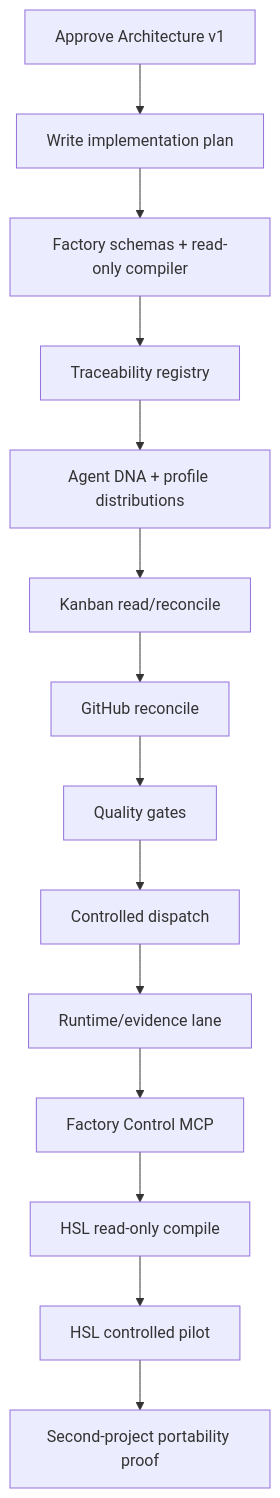
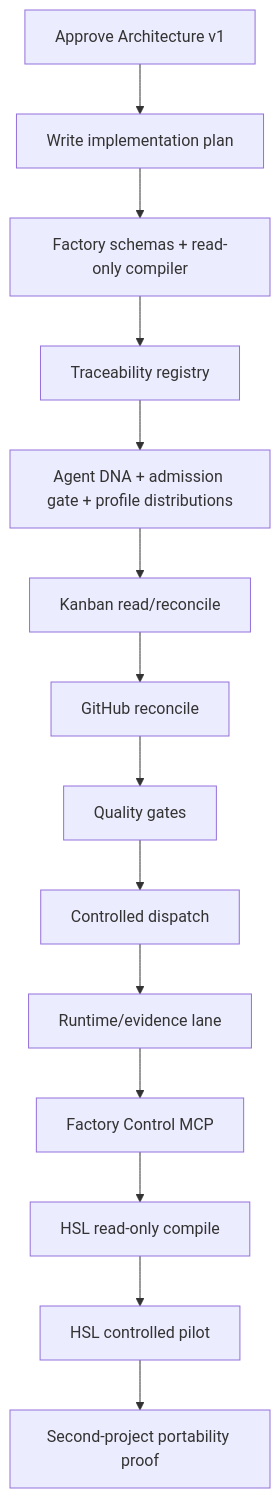
The second of 2 diagrams in docs/06-pilot-and-roadmap.md (pestoura/hermes-factory), drawn with Mermaid before and after one commit. The commit also changed other lines of this file, not shown here.

Commit message:
docs(factory): add workforce governance roles to bootstrap roadmap

````diff
--- a/docs/06-pilot-and-roadmap.md
+++ b/docs/06-pilot-and-roadmap.md
@@ -246,16 +258,16 @@
 ```mermaid
 flowchart TD
     A[Approve Architecture v1] --> B[Write implementation plan]
     B --> C[Factory schemas + read-only compiler]
     C --> D[Traceability registry]
-    D --> E[Agent DNA + profile distributions]
+    D --> E[Agent DNA + admission gate + profile distributions]
     E --> F[Kanban read/reconcile]
     F --> G[GitHub reconcile]
     G --> H[Quality gates]
     H --> I[Controlled dispatch]
     I --> J[Runtime/evidence lane]
     J --> K[Factory Control MCP]
     K --> L[HSL read-only compile]
     L --> M[HSL controlled pilot]
     M --> N[Second-project portability proof]
 ```
````
